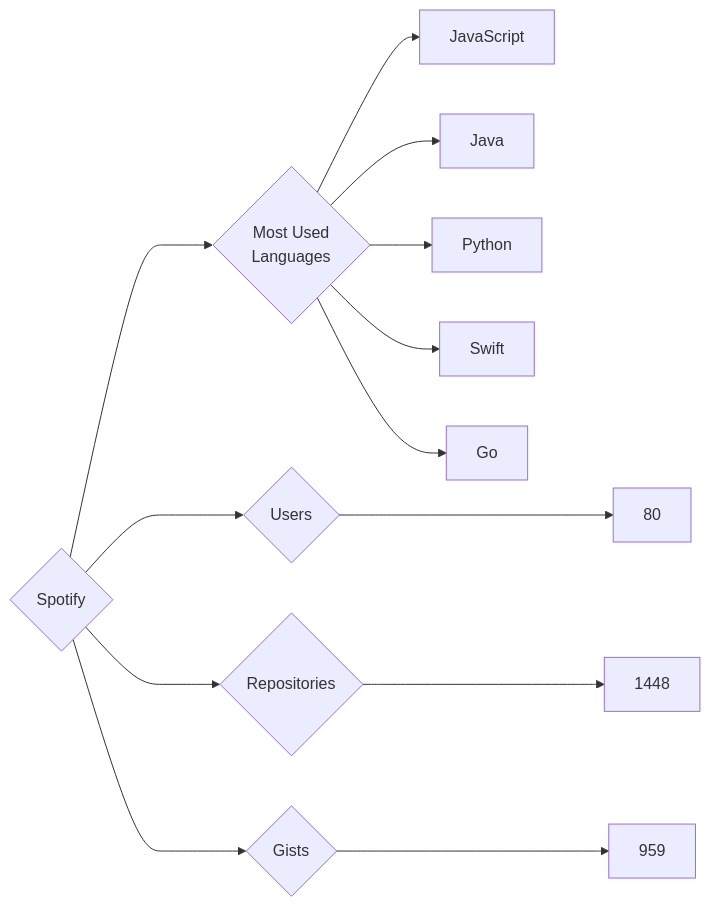
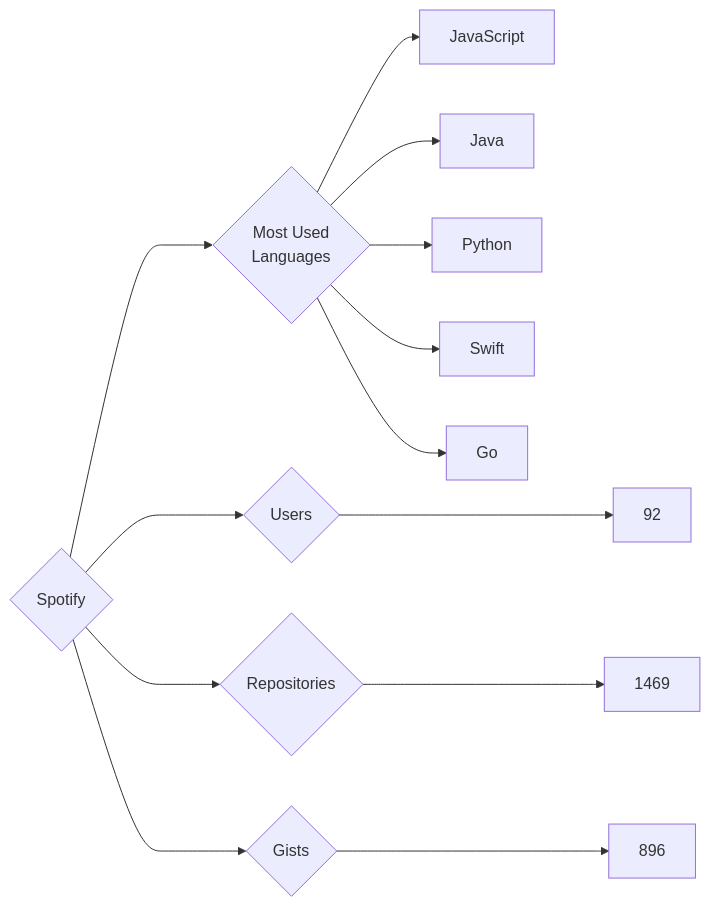
One commit to trickest/insiders changed the diagram in targets/Spotify/README.md. Above: the diagram before and after it, drawn with Mermaid. The commit also changed 939 other files, not shown here.

````diff
--- a/targets/Spotify/README.md
+++ b/targets/Spotify/README.md
@@ -3,13 +3,13 @@
 ```mermaid
 graph LR
 COMPANY_NAME{Spotify}
-COMPANY_NAME ---> U{Users} ---> UN[80]
-COMPANY_NAME ---> R{Repositories} ---> RN[1448]
-COMPANY_NAME ---> G{Gists} ---> GN[959]
+COMPANY_NAME ---> U{Users} ---> UN[92]
+COMPANY_NAME ---> R{Repositories} ---> RN[1469]
+COMPANY_NAME ---> G{Gists} ---> GN[896]
 COMPANY_NAME ---> ML{Most Used<br>Languages}
 ML --> JavaScript[JavaScript]
 ML --> Java[Java]
 ML --> Python[Python]
 ML --> Swift[Swift]
 ML --> Go[Go]
 ```
````
